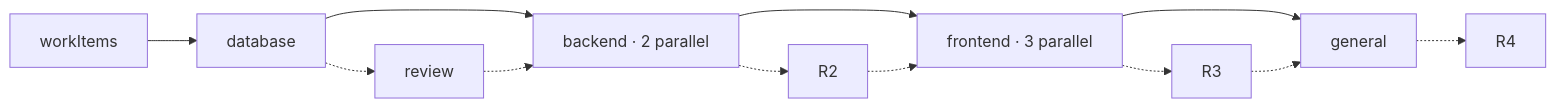
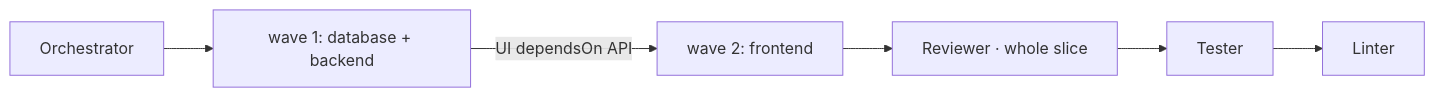
The second of 2 diagrams in README.md (W4775/pi-dev-team), drawn with Mermaid before and after one commit. The commit also changed other lines of this file and 19 other files, not shown here.

First line of the commit message:
Stop silent passes and review the slice once.

````diff
--- a/README.md
+++ b/README.md
@@ -99,8 +118,8 @@
 ```mermaid
 flowchart LR
-    Plan[workItems] --> DB[database]
-    DB --> BE[backend · 2 parallel]
-    BE --> FE[frontend · 3 parallel]
-    FE --> GEN[general]
-    DB -.-> R1[review] -.-> BE -.-> R2 -.-> FE -.-> R3 -.-> GEN -.-> R4
+    O[Orchestrator] --> W1["wave 1: database + backend"]
+    W1 -->|UI dependsOn API| W2["wave 2: frontend"]
+    W2 --> R[Reviewer · whole slice]
+    R --> T[Tester]
+    T --> L[Linter]
 ```
````
